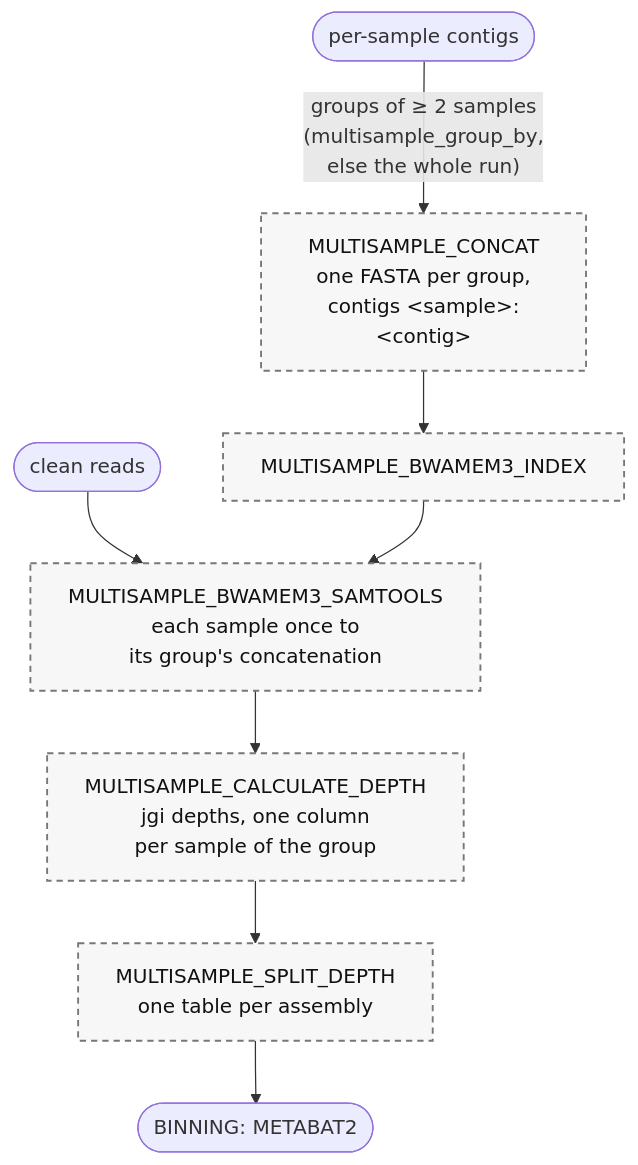
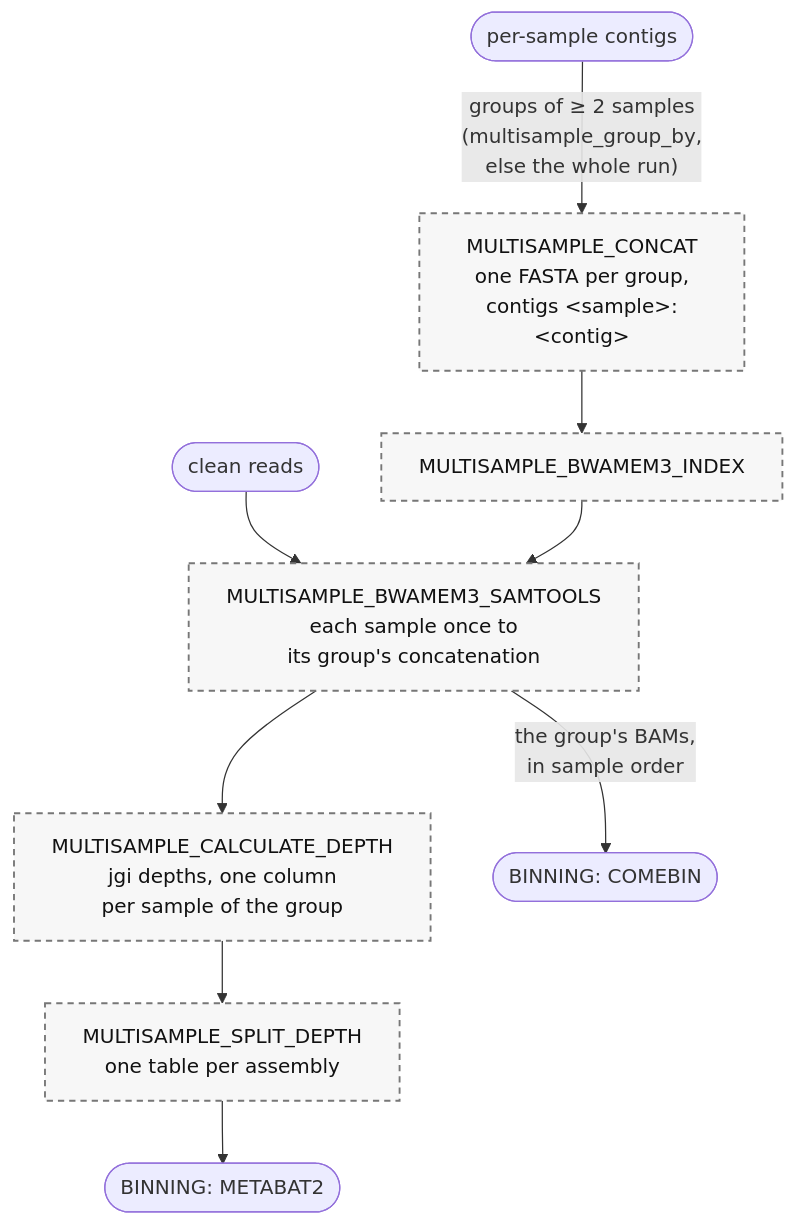
Before and after one commit to gene2dis/BugBuster: the ninth of 14 diagrams in docs/WORKFLOW_DIAGRAM.md, drawn with Mermaid. The commit also changed other lines of this file and 15 other files, not shown here.

First line of the commit message:
feat(binning): COMEBin on the group's BAMs under --multisample_binning

````diff
--- a/docs/WORKFLOW_DIAGRAM.md
+++ b/docs/WORKFLOW_DIAGRAM.md
@@ -362,13 +363,14 @@
 ```mermaid
 flowchart TD
     Contigs(["per-sample contigs"]) -->|"groups of ≥ 2 samples<br/>(multisample_group_by,<br/>else the whole run)"| MULTISAMPLE_CONCAT["MULTISAMPLE_CONCAT<br/>one FASTA per group,<br/>contigs &lt;sample&gt;:&lt;contig&gt;"]
     MULTISAMPLE_CONCAT --> MULTISAMPLE_BWAMEM3_INDEX
     Reads(["clean reads"]) --> MULTISAMPLE_BWAMEM3_SAMTOOLS["MULTISAMPLE_BWAMEM3_SAMTOOLS<br/>each sample once to<br/>its group's concatenation"]
     MULTISAMPLE_BWAMEM3_INDEX --> MULTISAMPLE_BWAMEM3_SAMTOOLS
     MULTISAMPLE_BWAMEM3_SAMTOOLS --> MULTISAMPLE_CALCULATE_DEPTH["MULTISAMPLE_CALCULATE_DEPTH<br/>jgi depths, one column<br/>per sample of the group"]
     MULTISAMPLE_CALCULATE_DEPTH --> MULTISAMPLE_SPLIT_DEPTH["MULTISAMPLE_SPLIT_DEPTH<br/>one table per assembly"]
     MULTISAMPLE_SPLIT_DEPTH --> Out(["BINNING: METABAT2"])
+    MULTISAMPLE_BWAMEM3_SAMTOOLS -->|"the group's BAMs,<br/>in sample order"| OutC(["BINNING: COMEBIN"])
 
     classDef opt fill:#F7F7F7,stroke:#777,stroke-width:1.5px,stroke-dasharray:5 4,color:#111
     class MULTISAMPLE_CONCAT,MULTISAMPLE_BWAMEM3_INDEX,MULTISAMPLE_BWAMEM3_SAMTOOLS,MULTISAMPLE_CALCULATE_DEPTH,MULTISAMPLE_SPLIT_DEPTH opt
 ```
````
